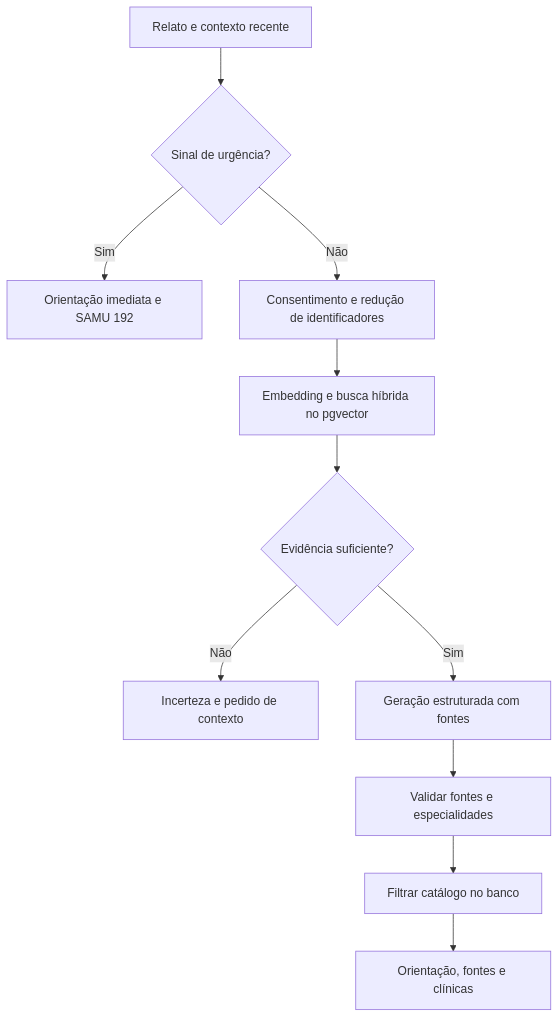
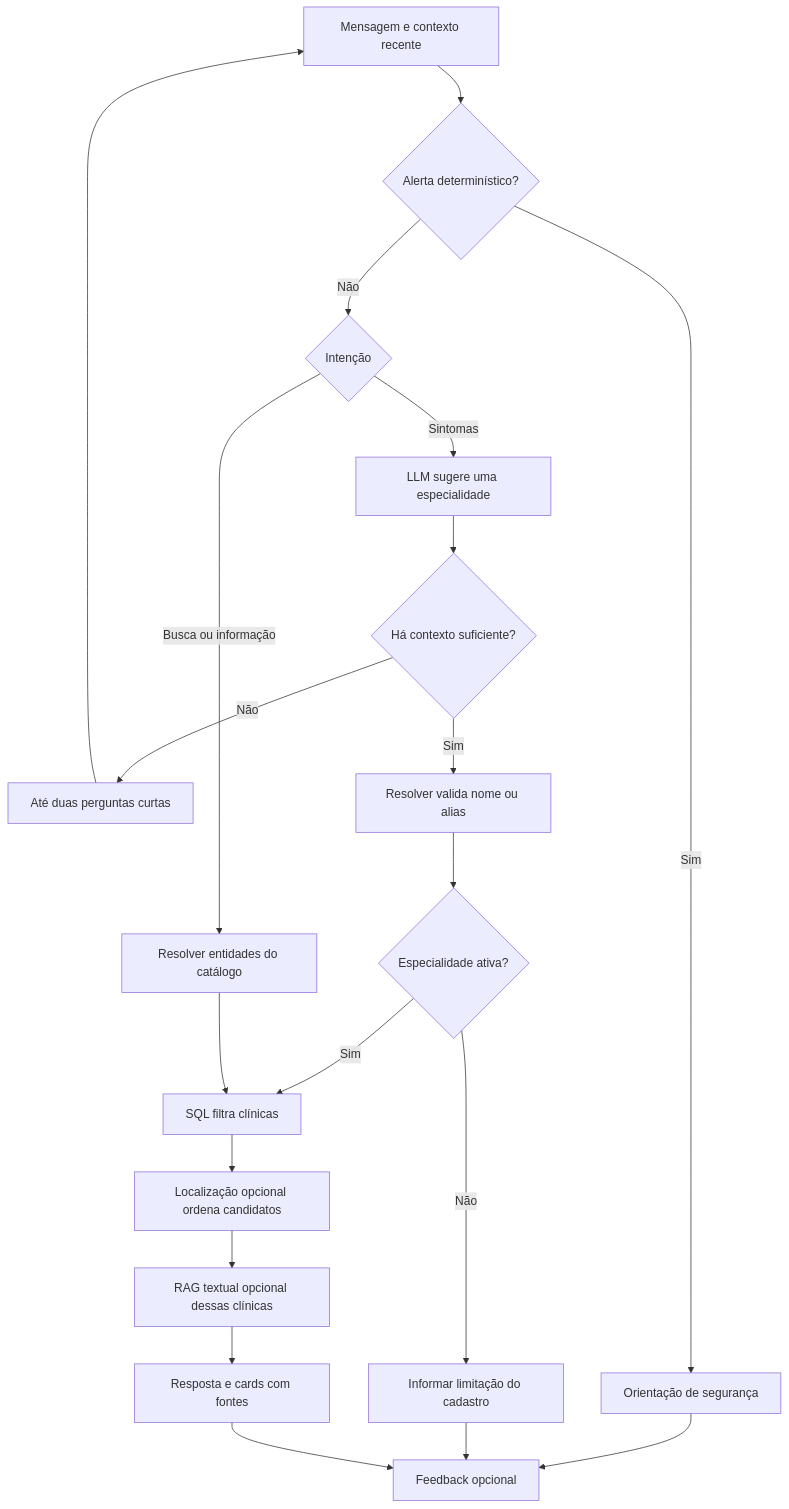
Before and after one commit to WilliamSantos1/MedFinder-Front: the diagram in README.md, drawn with Mermaid. The commit also changed other lines of this file and 84 other files, not shown here.

````diff
--- a/README.md
+++ b/README.md
@@ -100,13 +63,22 @@
 ```mermaid
 flowchart TD
-    A[Relato e contexto recente] --> B{Sinal de urgência?}
-    B -->|Sim| C[Orientação imediata e SAMU 192]
-    B -->|Não| D[Consentimento e redução de identificadores]
-    D --> E[Embedding e busca híbrida no pgvector]
-    E --> F{Evidência suficiente?}
-    F -->|Não| G[Incerteza e pedido de contexto]
-    F -->|Sim| H[Geração estruturada com fontes]
-    H --> I[Validar fontes e especialidades]
-    I --> J[Filtrar catálogo no banco]
-    J --> K[Orientação, fontes e clínicas]
+  A[Mensagem e contexto recente] --> B{Alerta determinístico?}
+  B -->|Sim| C[Orientação de segurança]
+  B -->|Não| R{Intenção}
+  R -->|Sintomas| D[LLM sugere uma especialidade]
+  R -->|Busca ou informação| Q[Resolver entidades do catálogo]
+  D --> T{Há contexto suficiente?}
+  T -->|Não| P[Até duas perguntas curtas]
+  P --> A
+  T -->|Sim| E[Resolver valida nome ou alias]
+  E --> F{Especialidade ativa?}
+  F -->|Não| G[Informar limitação do cadastro]
+  F -->|Sim| H[SQL filtra clínicas]
+  Q --> H
+  H --> I[Localização opcional ordena candidatos]
+  I --> J[RAG textual opcional dessas clínicas]
+  J --> K[Resposta e cards com fontes]
+  C --> L[Feedback opcional]
+  G --> L
+  K --> L
 ```
````
